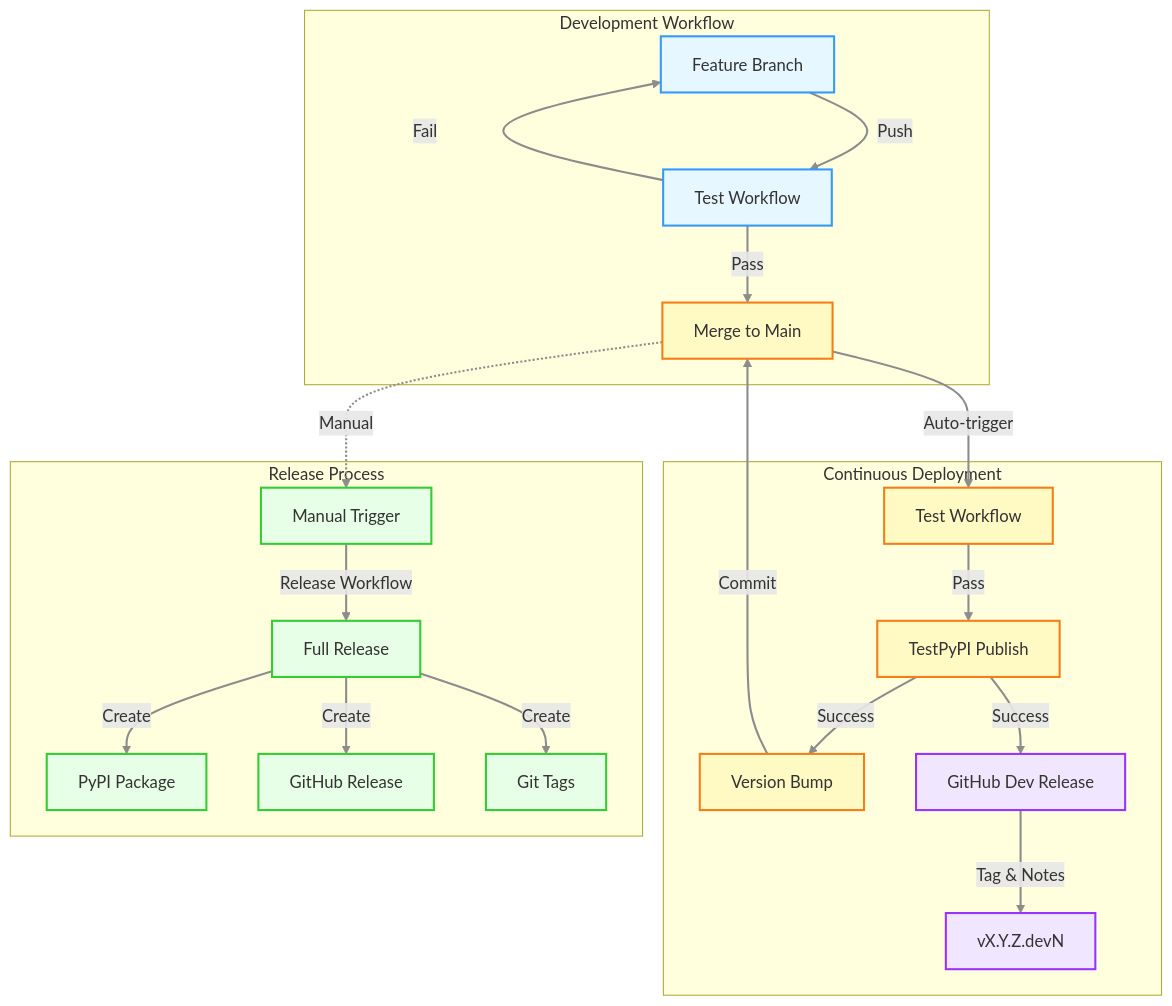
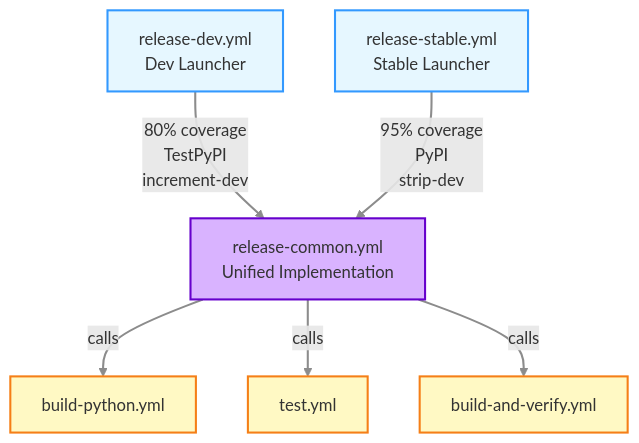
The first of 18 diagrams in .github/RELEASE_PROCESS.md (minouris/spafw37), drawn with Mermaid before and after one commit. The commit also changed other lines of this file, not shown here.

Commit message:
Updated documentation for release workflows

````diff
--- a/.github/RELEASE_PROCESS.md
+++ b/.github/RELEASE_PROCESS.md
@@ -24,38 +129,19 @@
 ```mermaid
 graph TB
-    subgraph "Development Workflow"
-        A[Feature Branch] -->|Push| B[Test Workflow]
-        B -->|Pass| C[Merge to Main]
-        B -->|Fail| A
-    end
+    A[release-dev.yml<br/>Dev Launcher] -->|80% coverage<br/>TestPyPI<br/>increment-dev| C[release-common.yml<br/>Unified Implementation]
+    B[release-stable.yml<br/>Stable Launcher] -->|95% coverage<br/>PyPI<br/>strip-dev| C
     
-    subgraph "Continuous Deployment"
-        C -->|Auto-trigger| D[Test Workflow]
-        D -->|Pass| E[TestPyPI Publish]
-        E -->|Success| F[Version Bump]
-        F -->|Commit| C
-        E -->|Success| L[GitHub Dev Release]
-        L -->|Tag & Notes| M[vX.Y.Z.devN]
-    end
+    C -->|calls| D[build-python.yml]
+    C -->|calls| E[test.yml]
+    C -->|calls| F[build-and-verify.yml]
     
-    subgraph "Release Process"
-        G[Manual Trigger] -->|Release Workflow| H[Full Release]
-        H -->|Create| I[PyPI Package]
-        H -->|Create| J[GitHub Release]
-        H -->|Create| K[Git Tags]
-    end
+    classDef launcherStyle fill:#e6f7ff,stroke:#3399ff,stroke-width:2px,color:#333
+    classDef unifiedStyle fill:#d9b3ff,stroke:#6600cc,stroke-width:2px,color:#333
+    classDef supportStyle fill:#fff9c4,stroke:#f57f17,stroke-width:2px,color:#333
     
-    C -.->|Manual| G
-    
-    classDef devStyle fill:#e6f7ff,stroke:#3399ff,stroke-width:2px,color:#333
-    classDef ciStyle fill:#fff9c4,stroke:#f57f17,stroke-width:2px,color:#333
-    classDef releaseStyle fill:#e6ffe6,stroke:#33cc33,stroke-width:2px,color:#333
-    classDef ghStyle fill:#f0e6ff,stroke:#9933ff,stroke-width:2px,color:#333
-    
-    class A,B devStyle
-    class C,D,E,F ciStyle
-    class G,H,I,J,K releaseStyle
-    class L,M ghStyle
+    class A,B launcherStyle
+    class C unifiedStyle
+    class D,E,F supportStyle
     
     linkStyle default stroke:#8c8c8c,stroke-width:2px
 ```
````
